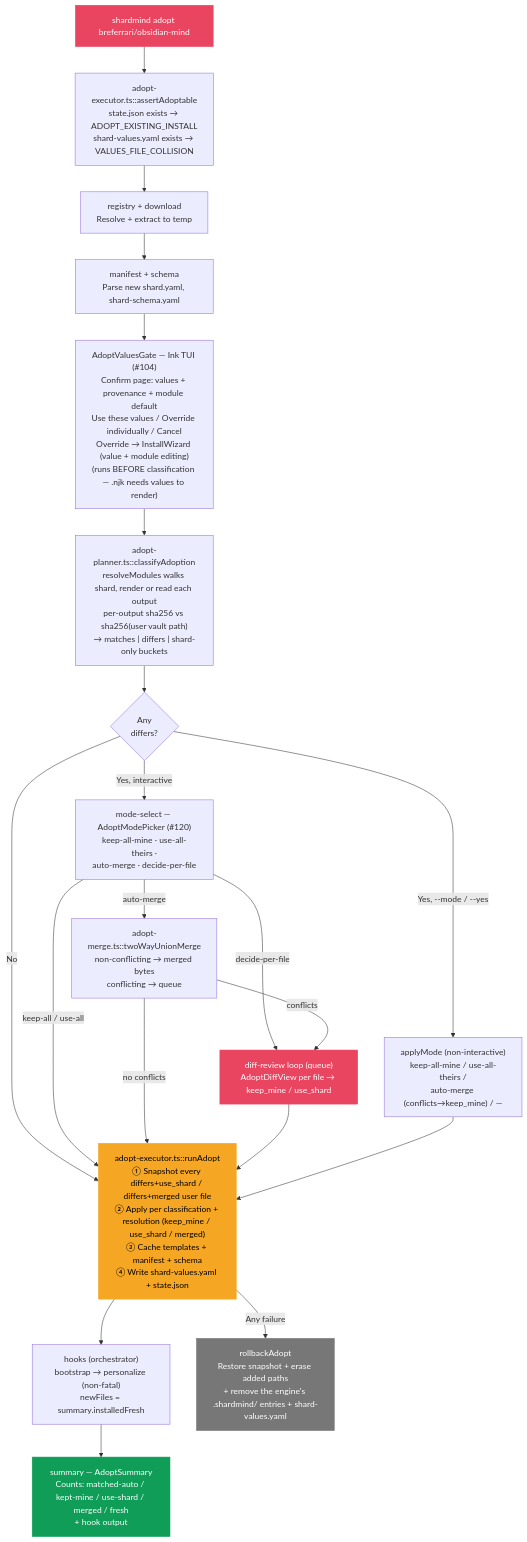
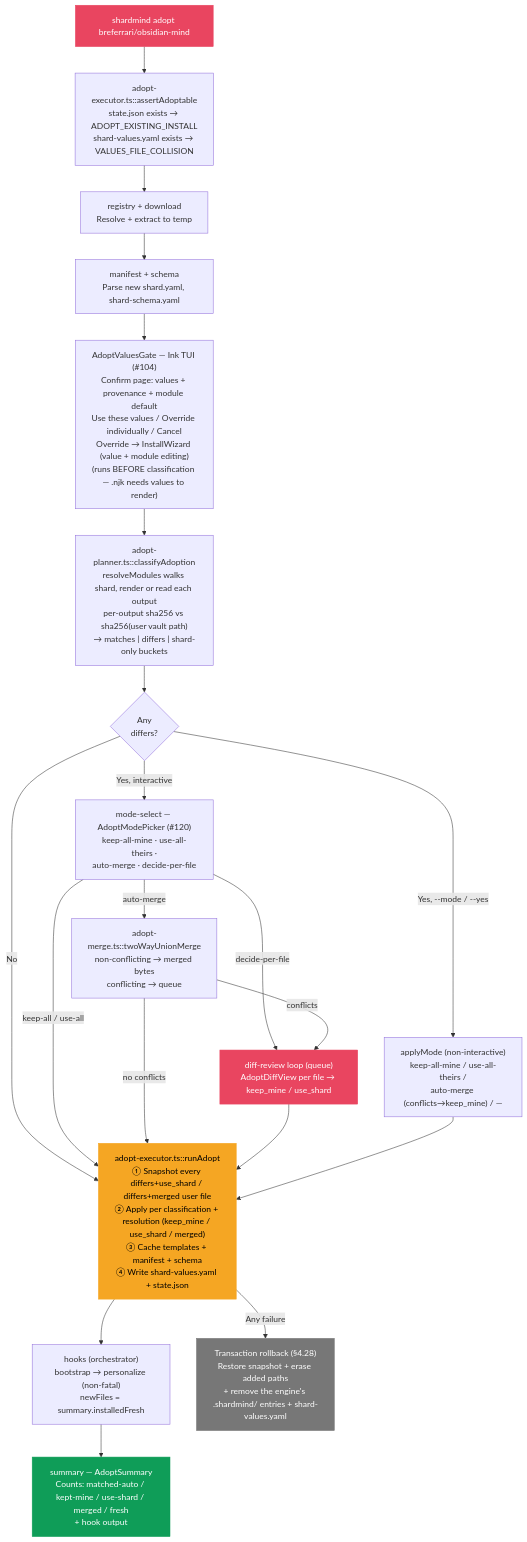
One commit to breferrari/shardmind changed the fourth of 4 diagrams in docs/IMPLEMENTATION.md. Above: the diagram before and after it, drawn with Mermaid. The commit also changed other lines of this file and 11 other files, not shown here.

First line of the commit message:
refactor: run adopt on one vault transaction (#321)

````diff
--- a/docs/IMPLEMENTATION.md
+++ b/docs/IMPLEMENTATION.md
@@ -154,39 +154,39 @@
 ```mermaid
 graph TD
     A["shardmind adopt breferrari/obsidian-mind"] --> P1
     P1["adopt-executor.ts::assertAdoptable<br/>state.json exists → ADOPT_EXISTING_INSTALL<br/>shard-values.yaml exists → VALUES_FILE_COLLISION"] --> B
 
     B["registry + download<br/>Resolve + extract to temp"] --> C
     C["manifest + schema<br/>Parse new shard.yaml, shard-schema.yaml"] --> D
 
     D["AdoptValuesGate — Ink TUI (#104)<br/>Confirm page: values + provenance + module default<br/>Use these values / Override individually / Cancel<br/>Override → InstallWizard (value + module editing)<br/>(runs BEFORE classification — .njk needs values to render)"] --> E
 
     E["adopt-planner.ts::classifyAdoption<br/>resolveModules walks shard, render or read each output<br/>per-output sha256 vs sha256(user vault path)<br/>→ matches | differs | shard-only buckets"] --> F1
 
     F1{Any<br/>differs?}
     F1 -->|"Yes, --mode / --yes"| F2["applyMode (non-interactive)<br/>keep-all-mine / use-all-theirs /<br/>auto-merge (conflicts→keep_mine) / —"]
     F1 -->|Yes, interactive| FM["mode-select — AdoptModePicker (#120)<br/>keep-all-mine · use-all-theirs ·<br/>auto-merge · decide-per-file"]
     F1 -->|No| G
 
     FM -->|keep-all / use-all| G
     FM -->|"auto-merge"| FA["adopt-merge.ts::twoWayUnionMerge<br/>non-conflicting → merged bytes<br/>conflicting → queue"]
     FM -->|decide-per-file| F3
     FA -->|conflicts| F3
     FA -->|no conflicts| G
     F3["diff-review loop (queue)<br/>AdoptDiffView per file → keep_mine / use_shard"] --> G
 
     F2 --> G
 
     G["adopt-executor.ts::runAdopt<br/>① Snapshot every differs+use_shard / differs+merged user file<br/>② Apply per classification + resolution (keep_mine / use_shard / merged)<br/>③ Cache templates + manifest + schema<br/>④ Write shard-values.yaml + state.json"] --> H
 
     H["hooks (orchestrator)<br/>bootstrap → personalize (non-fatal)<br/>newFiles = summary.installedFresh"] --> I
     I["summary — AdoptSummary<br/>Counts: matched-auto / kept-mine / use-shard / merged / fresh<br/>+ hook output"]
 
-    G -->|Any failure| R["rollbackAdopt<br/>Restore snapshot + erase added paths<br/>+ remove the engine's .shardmind/ entries + shard-values.yaml"]
+    G -->|Any failure| R["Transaction rollback (§4.28)<br/>Restore snapshot + erase added paths<br/>+ remove the engine's .shardmind/ entries + shard-values.yaml"]
 
     style A fill:#e94560,stroke:#e94560,color:#fff
     style F3 fill:#e94560,stroke:#e94560,color:#fff
     style G fill:#f5a623,stroke:#f5a623,color:#000
     style I fill:#0f9d58,stroke:#0f9d58,color:#fff
     style R fill:#777,stroke:#777,color:#fff
 ```
````
